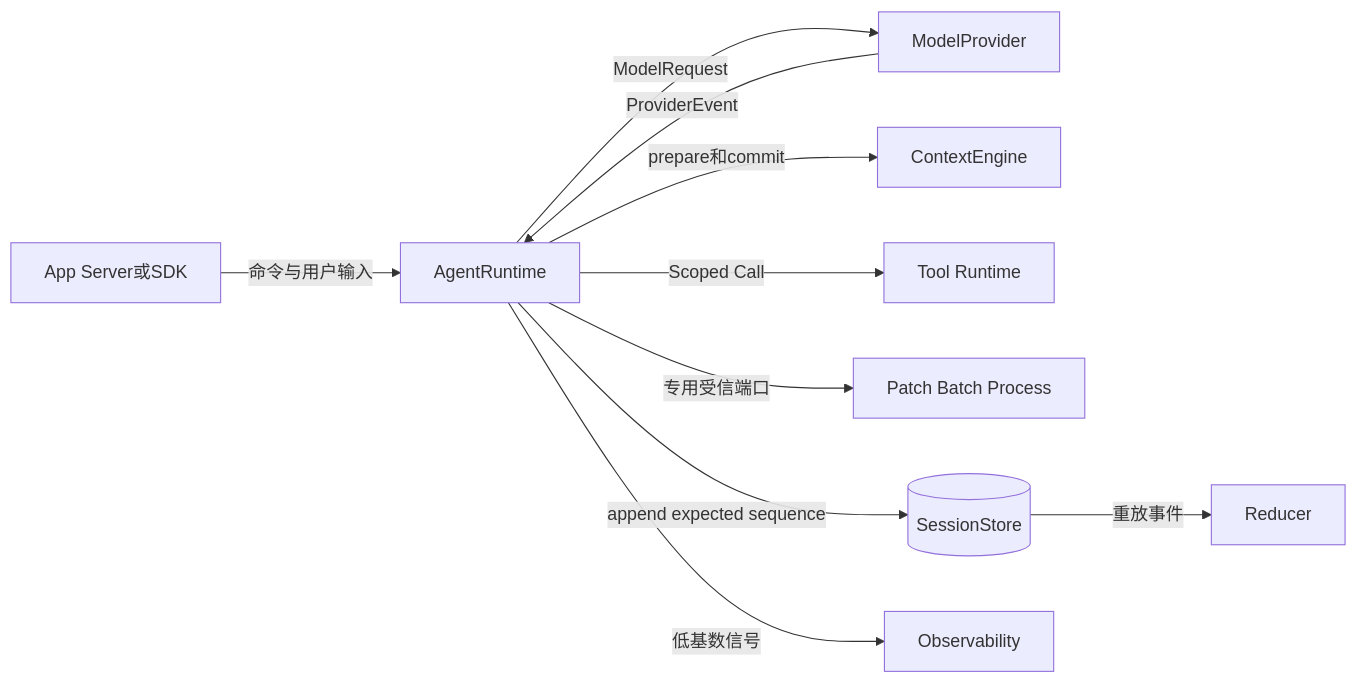
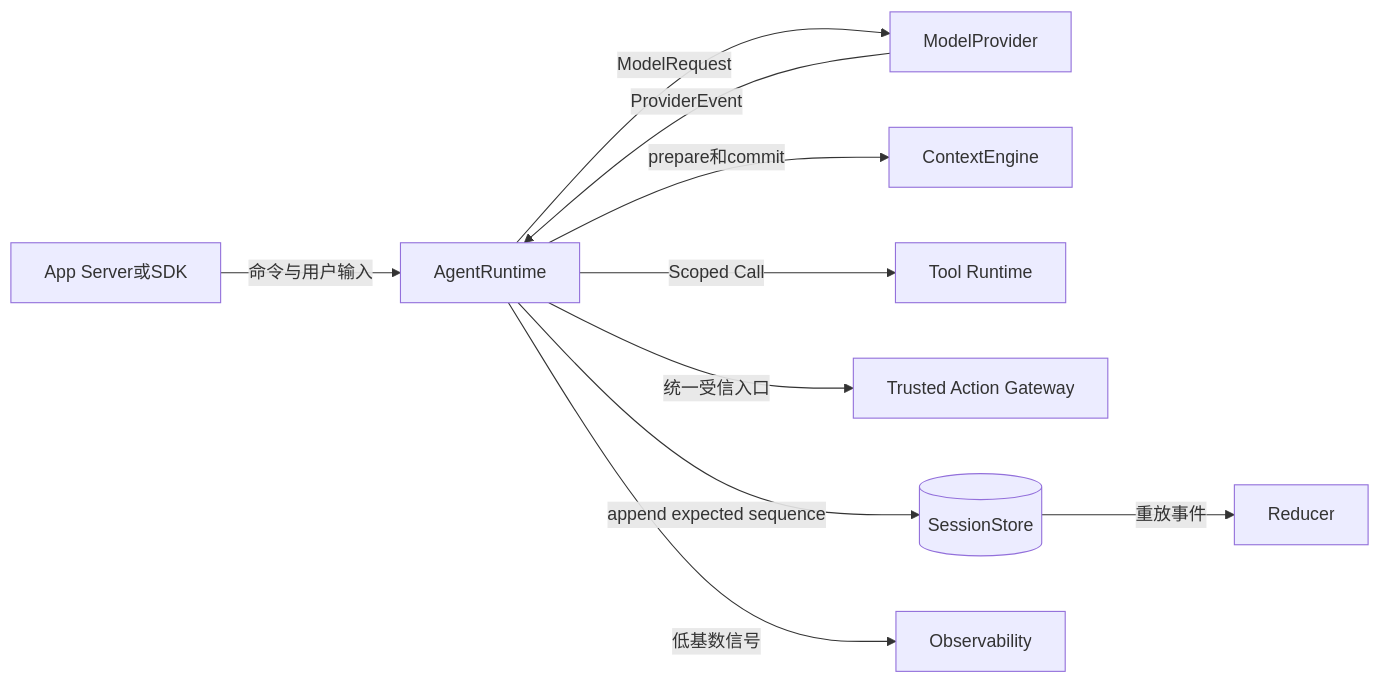
One commit to carrie1988/Harnessix changed the first of 12 diagrams in docs/modules/agent.md. Above: the diagram before and after it, drawn with Mermaid. The commit also changed other lines of this file and 121 other files, not shown here.

````diff
--- a/docs/modules/agent.md
+++ b/docs/modules/agent.md
@@ -107,12 +110,12 @@
 ```mermaid
 flowchart LR
     Client[App Server或SDK] -->|命令与用户输入| Runtime[AgentRuntime]
     Runtime -->|ModelRequest| Provider[ModelProvider]
     Provider -->|ProviderEvent| Runtime
     Runtime -->|prepare和commit| Context[ContextEngine]
     Runtime -->|Scoped Call| Tool[Tool Runtime]
-    Runtime -->|专用受信端口| Effects[Patch Batch Process]
+    Runtime -->|统一受信入口| Effects[Trusted Action Gateway]
     Runtime -->|append expected sequence| Session[(SessionStore)]
     Session -->|重放事件| Reducer[Reducer]
     Runtime -->|低基数信号| Obs[Observability]
 ```
````
